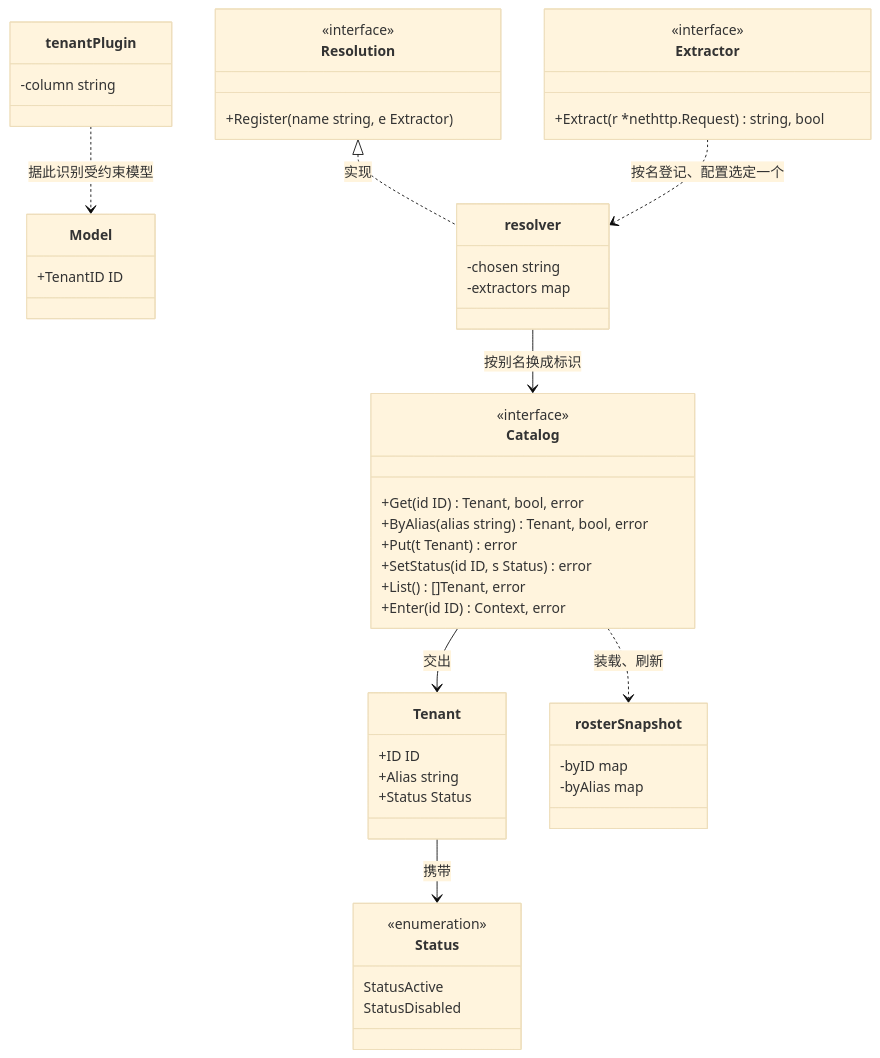
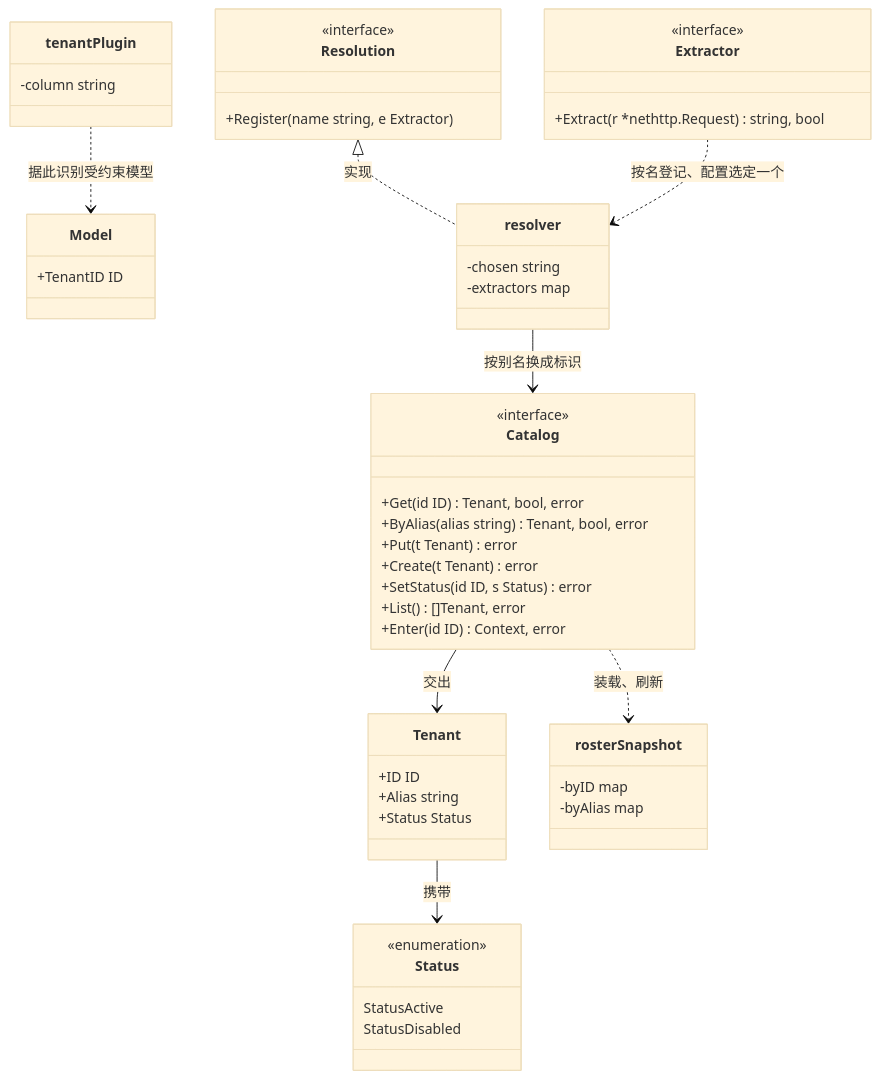
Before and after one commit to wangzw/speed: the first of 4 diagrams in docs/design/modules/design-tenant.md, drawn with Mermaid (base theme). The commit also changed other lines of this file and 7 other files, not shown here.

````diff
--- a/docs/design/modules/design-tenant.md
+++ b/docs/design/modules/design-tenant.md
@@ -302,51 +306,52 @@
 ```mermaid
 classDiagram
     class Resolution {
         <<interface>>
         +Register(name string, e Extractor)
     }
     class Catalog {
         <<interface>>
         +Get(id ID) Tenant, bool, error
         +ByAlias(alias string) Tenant, bool, error
         +Put(t Tenant) error
+        +Create(t Tenant) error
         +SetStatus(id ID, s Status) error
         +List() []Tenant, error
         +Enter(id ID) Context, error
     }
     class Extractor {
         <<interface>>
         +Extract(r *nethttp.Request) string, bool
     }
     class Tenant {
         +ID ID
         +Alias string
         +Status Status
     }
     class Status {
         <<enumeration>>
         StatusActive
         StatusDisabled
     }
     class Model {
         +TenantID ID
     }
     class rosterSnapshot {
         -byID map
         -byAlias map
     }
     class resolver {
         -chosen string
         -extractors map
     }
     class tenantPlugin {
         -column string
     }
     Resolution <|.. resolver : 实现
     Extractor ..> resolver : 按名登记、配置选定一个
     resolver --> Catalog : 按别名换成标识
     Catalog --> Tenant : 交出
     Tenant --> Status : 携带
     Catalog ..> rosterSnapshot : 装载、刷新
     tenantPlugin ..> Model : 据此识别受约束模型
 ```
````
